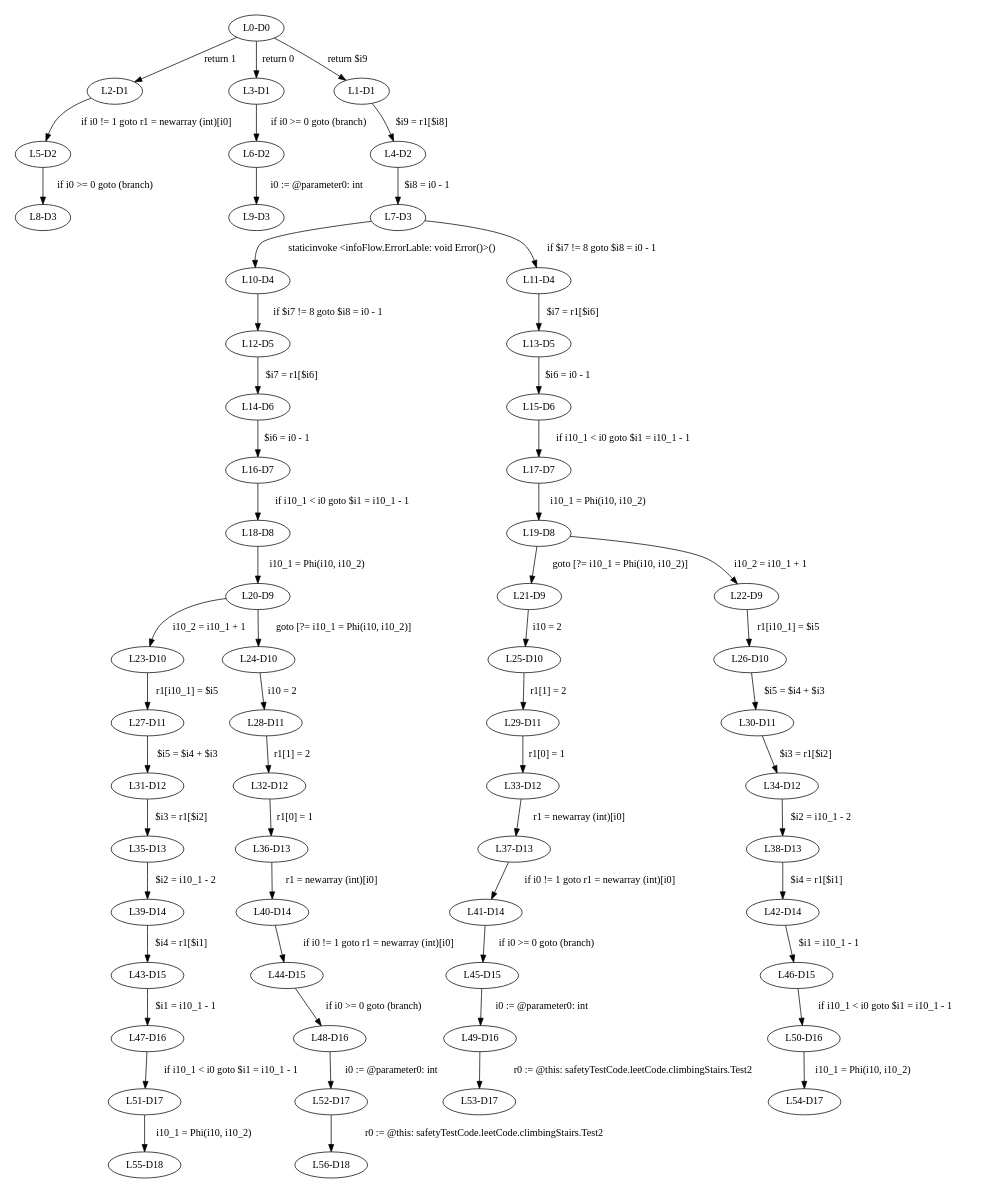
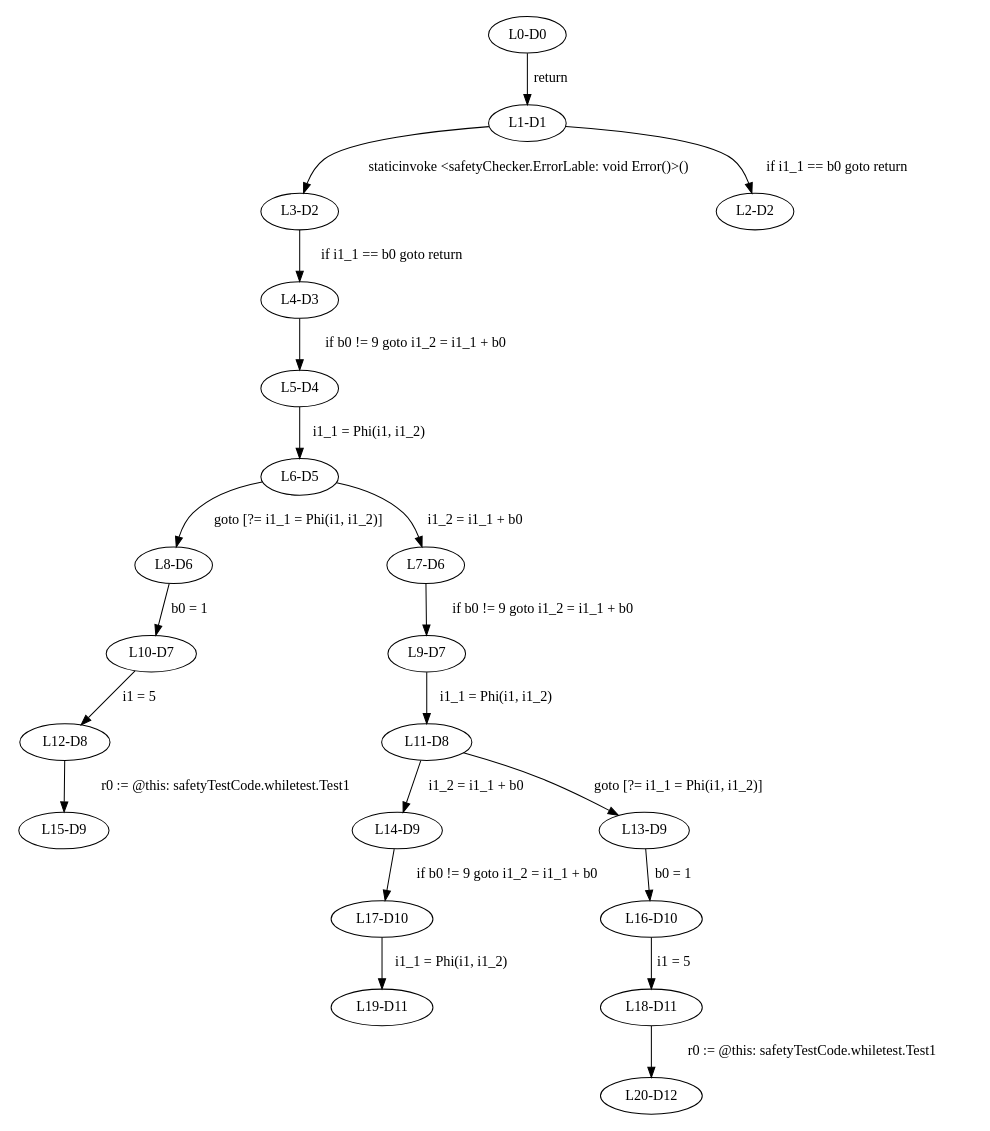
Before and after one commit to gt-wunderhorn/gt-wunderhorn: the diagram in SafetyChecker2/_all.dot, drawn with Graphviz. The commit also changed 46 other files, not shown here.

```diff
--- a/SafetyChecker2/_all.dot
+++ b/SafetyChecker2/_all.dot
@@ -1,61 +1,25 @@
 digraph { 
 	ratio="fill";
 	size="8.3,11.7!";
 	margin=0;
-	"L0-D0" -> "L2-D1"[label="return 1"];
-	"L0-D0" -> "L3-D1"[label="return 0"];
-	"L0-D0" -> "L1-D1"[label="return $i9"];
-	"L2-D1" -> "L5-D2"[label="if i0 != 1 goto r1 = newarray (int)[i0]"];
-	"L3-D1" -> "L6-D2"[label="if i0 >= 0 goto (branch)"];
-	"L1-D1" -> "L4-D2"[label="$i9 = r1[$i8]"];
-	"L5-D2" -> "L8-D3"[label="if i0 >= 0 goto (branch)"];
-	"L6-D2" -> "L9-D3"[label="i0 := @parameter0: int"];
-	"L4-D2" -> "L7-D3"[label="$i8 = i0 - 1"];
-	"L7-D3" -> "L10-D4"[label="staticinvoke <infoFlow.ErrorLable: void Error()>()"];
-	"L7-D3" -> "L11-D4"[label="if $i7 != 8 goto $i8 = i0 - 1"];
-	"L10-D4" -> "L12-D5"[label="if $i7 != 8 goto $i8 = i0 - 1"];
-	"L11-D4" -> "L13-D5"[label="$i7 = r1[$i6]"];
-	"L12-D5" -> "L14-D6"[label="$i7 = r1[$i6]"];
-	"L13-D5" -> "L15-D6"[label="$i6 = i0 - 1"];
-	"L14-D6" -> "L16-D7"[label="$i6 = i0 - 1"];
-	"L15-D6" -> "L17-D7"[label="if i10_1 < i0 goto $i1 = i10_1 - 1"];
-	"L16-D7" -> "L18-D8"[label="if i10_1 < i0 goto $i1 = i10_1 - 1"];
-	"L17-D7" -> "L19-D8"[label="i10_1 = Phi(i10, i10_2)"];
-	"L18-D8" -> "L20-D9"[label="i10_1 = Phi(i10, i10_2)"];
-	"L19-D8" -> "L21-D9"[label="goto [?= i10_1 = Phi(i10, i10_2)]"];
-	"L19-D8" -> "L22-D9"[label="i10_2 = i10_1 + 1"];
-	"L20-D9" -> "L23-D10"[label="i10_2 = i10_1 + 1"];
-	"L20-D9" -> "L24-D10"[label="goto [?= i10_1 = Phi(i10, i10_2)]"];
-	"L21-D9" -> "L25-D10"[label="i10 = 2"];
-	"L22-D9" -> "L26-D10"[label="r1[i10_1] = $i5"];
-	"L23-D10" -> "L27-D11"[label="r1[i10_1] = $i5"];
-	"L24-D10" -> "L28-D11"[label="i10 = 2"];
-	"L25-D10" -> "L29-D11"[label="r1[1] = 2"];
-	"L26-D10" -> "L30-D11"[label="$i5 = $i4 + $i3"];
-	"L27-D11" -> "L31-D12"[label="$i5 = $i4 + $i3"];
-	"L28-D11" -> "L32-D12"[label="r1[1] = 2"];
-	"L29-D11" -> "L33-D12"[label="r1[0] = 1"];
-	"L30-D11" -> "L34-D12"[label="$i3 = r1[$i2]"];
-	"L31-D12" -> "L35-D13"[label="$i3 = r1[$i2]"];
-	"L32-D12" -> "L36-D13"[label="r1[0] = 1"];
-	"L33-D12" -> "L37-D13"[label="r1 = newarray (int)[i0]"];
-	"L34-D12" -> "L38-D13"[label="$i2 = i10_1 - 2"];
-	"L35-D13" -> "L39-D14"[label="$i2 = i10_1 - 2"];
-	"L36-D13" -> "L40-D14"[label="r1 = newarray (int)[i0]"];
-	"L37-D13" -> "L41-D14"[label="if i0 != 1 goto r1 = newarray (int)[i0]"];
-	"L38-D13" -> "L42-D14"[label="$i4 = r1[$i1]"];
-	"L39-D14" -> "L43-D15"[label="$i4 = r1[$i1]"];
-	"L40-D14" -> "L44-D15"[label="if i0 != 1 goto r1 = newarray (int)[i0]"];
-	"L41-D14" -> "L45-D15"[label="if i0 >= 0 goto (branch)"];
-	"L42-D14" -> "L46-D15"[label="$i1 = i10_1 - 1"];
-	"L43-D15" -> "L47-D16"[label="$i1 = i10_1 - 1"];
-	"L44-D15" -> "L48-D16"[label="if i0 >= 0 goto (branch)"];
-	"L45-D15" -> "L49-D16"[label="i0 := @parameter0: int"];
-	"L46-D15" -> "L50-D16"[label="if i10_1 < i0 goto $i1 = i10_1 - 1"];
-	"L47-D16" -> "L51-D17"[label="if i10_1 < i0 goto $i1 = i10_1 - 1"];
-	"L48-D16" -> "L52-D17"[label="i0 := @parameter0: int"];
-	"L49-D16" -> "L53-D17"[label="r0 := @this: safetyTestCode.leetCode.climbingStairs.Test2"];
-	"L50-D16" -> "L54-D17"[label="i10_1 = Phi(i10, i10_2)"];
-	"L51-D17" -> "L55-D18"[label="i10_1 = Phi(i10, i10_2)"];
-	"L52-D17" -> "L56-D18"[label="r0 := @this: safetyTestCode.leetCode.climbingStairs.Test2"];
+	"L0-D0" -> "L1-D1"[label="return"];
+	"L1-D1" -> "L3-D2"[label="staticinvoke <safetyChecker.ErrorLable: void Error()>()"];
+	"L1-D1" -> "L2-D2"[label="if i1_1 == b0 goto return"];
+	"L3-D2" -> "L4-D3"[label="if i1_1 == b0 goto return"];
+	"L4-D3" -> "L5-D4"[label="if b0 != 9 goto i1_2 = i1_1 + b0"];
+	"L5-D4" -> "L6-D5"[label="i1_1 = Phi(i1, i1_2)"];
+	"L6-D5" -> "L8-D6"[label="goto [?= i1_1 = Phi(i1, i1_2)]"];
+	"L6-D5" -> "L7-D6"[label="i1_2 = i1_1 + b0"];
+	"L8-D6" -> "L10-D7"[label="b0 = 1"];
+	"L7-D6" -> "L9-D7"[label="if b0 != 9 goto i1_2 = i1_1 + b0"];
+	"L10-D7" -> "L12-D8"[label="i1 = 5"];
+	"L9-D7" -> "L11-D8"[label="i1_1 = Phi(i1, i1_2)"];
+	"L12-D8" -> "L15-D9"[label="r0 := @this: safetyTestCode.whiletest.Test1"];
+	"L11-D8" -> "L14-D9"[label="i1_2 = i1_1 + b0"];
+	"L11-D8" -> "L13-D9"[label="goto [?= i1_1 = Phi(i1, i1_2)]"];
+	"L14-D9" -> "L17-D10"[label="if b0 != 9 goto i1_2 = i1_1 + b0"];
+	"L13-D9" -> "L16-D10"[label="b0 = 1"];
+	"L17-D10" -> "L19-D11"[label="i1_1 = Phi(i1, i1_2)"];
+	"L16-D10" -> "L18-D11"[label="i1 = 5"];
+	"L18-D11" -> "L20-D12"[label="r0 := @this: safetyTestCode.whiletest.Test1"];
 }
```
